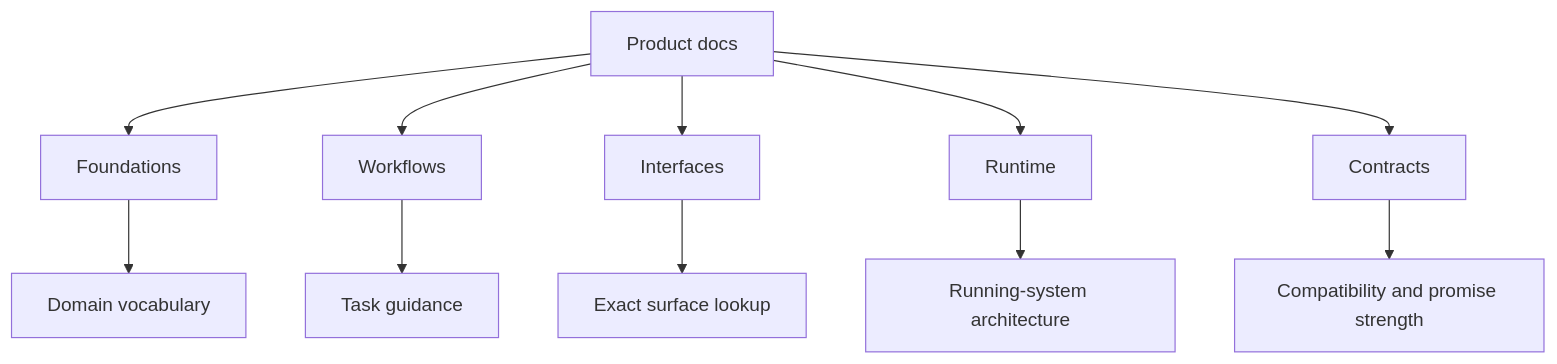
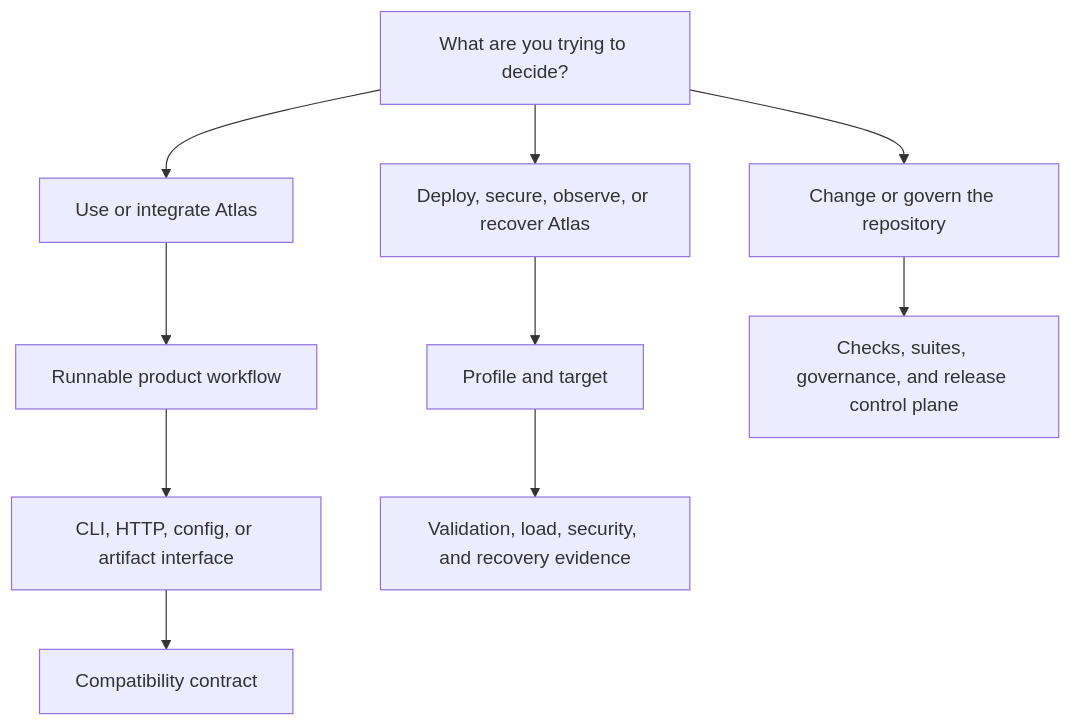
Before and after one commit to bijux/bijux-atlas: the diagram in docs/bijux-atlas/foundations/documentation-map.md, drawn with Mermaid. The commit also changed other lines of this file and 1 other file, not shown here.

Commit message:
docs(foundations): map reader journeys and crate ownership

````diff
--- a/docs/bijux-atlas/foundations/documentation-map.md
+++ b/docs/bijux-atlas/foundations/documentation-map.md
@@ -22,14 +17,12 @@
 ```mermaid
 flowchart TD
-    Docs[Product docs] --> Foundations[Foundations]
-    Docs --> Workflows[Workflows]
-    Docs --> Interfaces[Interfaces]
-    Docs --> Runtime[Runtime]
-    Docs --> Contracts[Contracts]
-
-    Foundations --> Domain[Domain vocabulary]
-    Workflows --> Tasks[Task guidance]
-    Interfaces --> Surface[Exact surface lookup]
-    Runtime --> Architecture[Running-system architecture]
-    Contracts --> Promise[Compatibility and promise strength]
+    Need[What are you trying to decide?] --> Product[Use or integrate Atlas]
+    Need --> Ops[Deploy, secure, observe, or recover Atlas]
+    Need --> Dev[Change or govern the repository]
+    Product --> Workflow[Runnable product workflow]
+    Workflow --> Interface[CLI, HTTP, config, or artifact interface]
+    Interface --> Contract[Compatibility contract]
+    Ops --> Target[Profile and target]
+    Target --> Evidence[Validation, load, security, and recovery evidence]
+    Dev --> Control[Checks, suites, governance, and release control plane]
 ```
````
